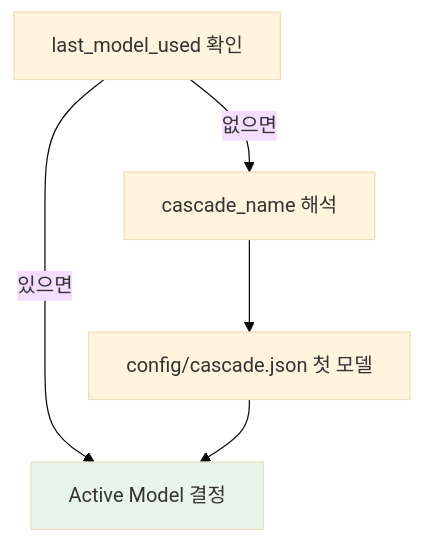
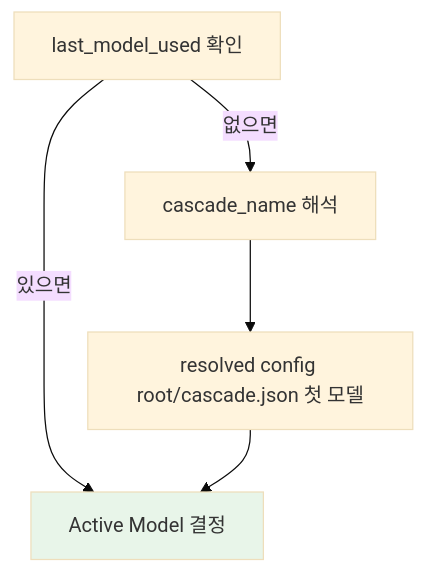
The second of 3 diagrams in docs/KEEPER-USER-MANUAL.md (jeong-sik/masc), drawn with Mermaid (base theme) before and after one commit. The commit also changed other lines of this file and 5 other files, not shown here.

````diff
--- a/docs/KEEPER-USER-MANUAL.md
+++ b/docs/KEEPER-USER-MANUAL.md
@@ -377,9 +377,9 @@
 ```mermaid
 flowchart TD
     A[last_model_used 확인] -->|있으면| Z[Active Model 결정]
     A -->|없으면| B[cascade_name 해석]
-    B --> C[config/cascade.json 첫 모델]
+    B --> C[resolved config root/cascade.json 첫 모델]
     C --> Z
 
     style Z fill:#e8f5e9
 ```
````
